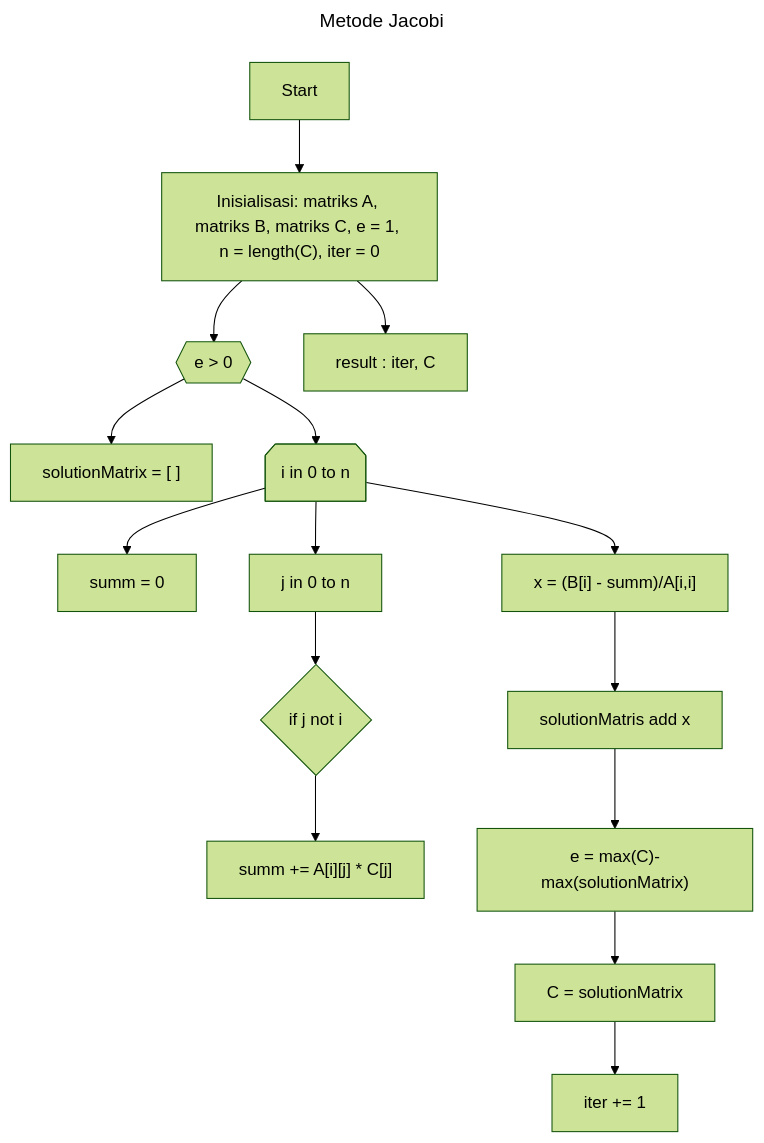
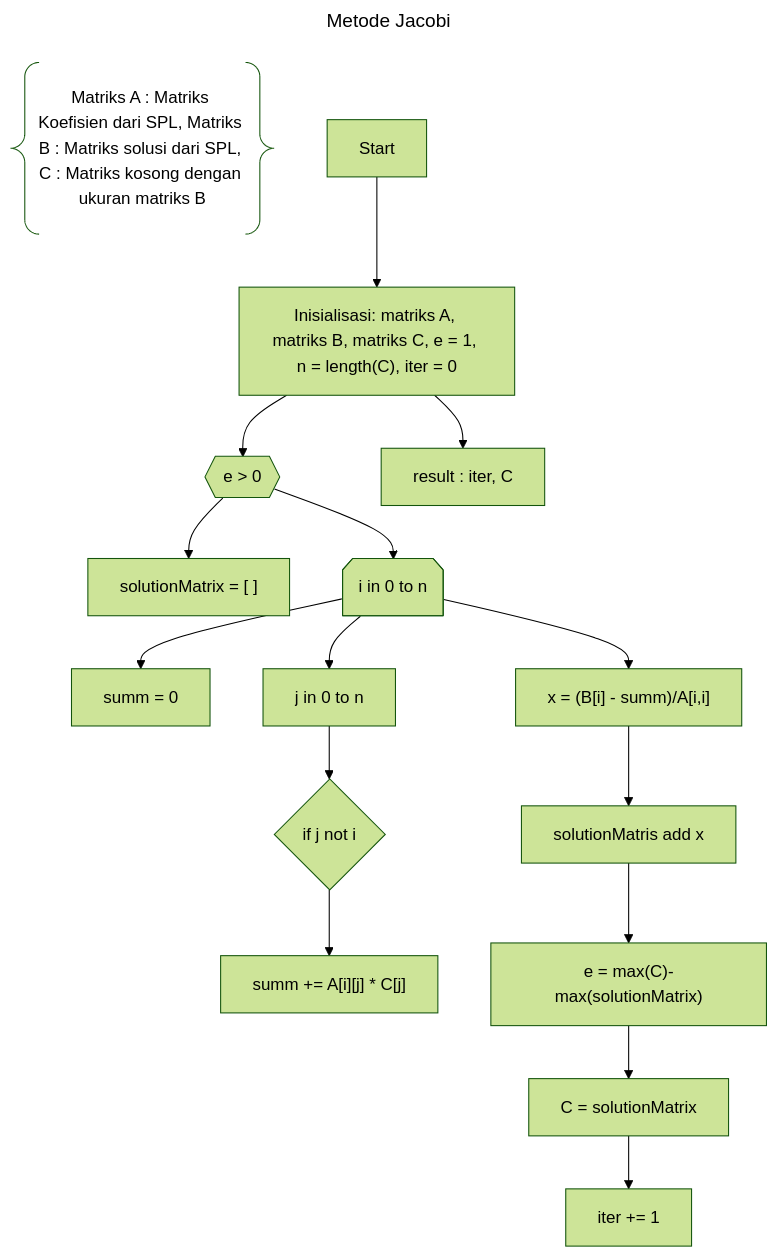
Before and after one commit to aslabkomfis/Komputasi-Numerik-24-25: the diagram in Modul-3/metode-jacobi.mmd, drawn with Mermaid (forest theme).

```diff
--- a/Modul-3/metode-jacobi.mmd
+++ b/Modul-3/metode-jacobi.mmd
@@ -1,19 +1,20 @@
 ---
 title: Metode Jacobi    
 ---
 
 flowchart TD;
+    Z@{ shape: braces, label: "Matriks A : Matriks Koefisien dari SPL, Matriks B : Matriks solusi dari SPL, C : Matriks kosong dengan ukuran matriks B" }
     A[Start] --> B["Inisialisasi: matriks A, matriks B, matriks C, e = 1, n = length(C), iter = 0"]  
     B --> C{{"e > 0"}}
     C --> D["solutionMatrix = [ ]"]
     C --> F@{shape: notch-pent, label: "i in 0 to n"}
     F --> G["summ = 0"]
     F --> H["j in 0 to n"]
     H --> I{"if j not i"}
     I --> J["summ += A[i][j] * C[j]"]
     F --> K["x = (B[i] - summ)/A[i,i]"]
     K --> L["solutionMatris add x"]
     L --> M["e = max(C)-max(solutionMatrix)"]
     M --> N["C = solutionMatrix"]
     N --> O["iter += 1"]
     B --> P["result : iter, C"]
```
